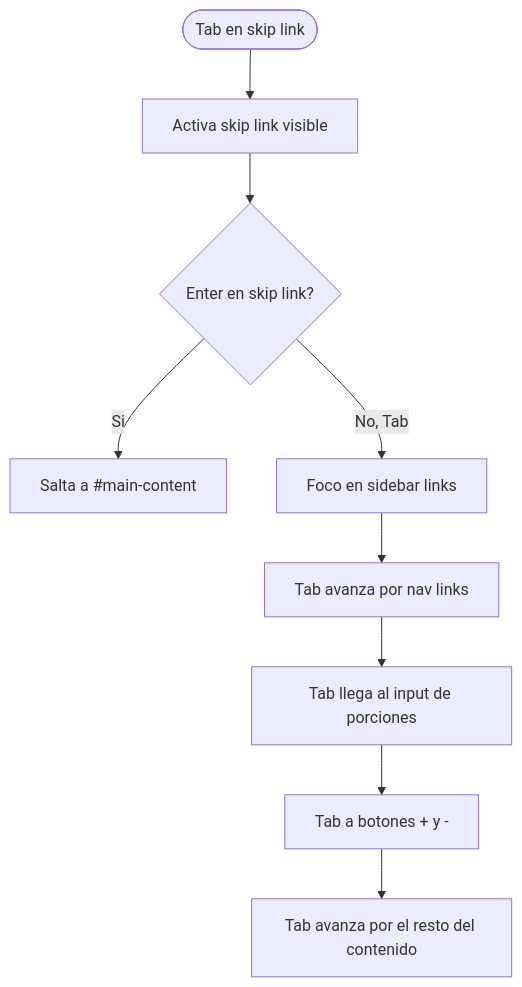
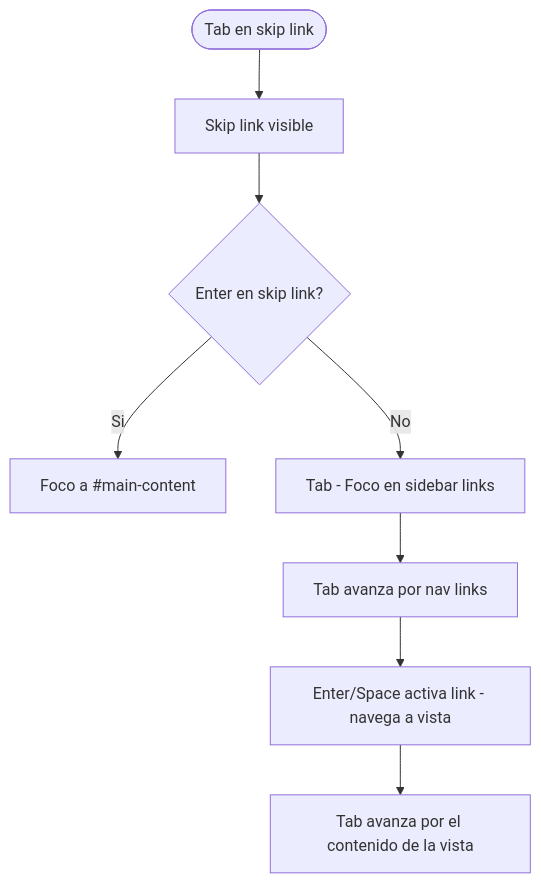
One commit to rmoreno-dev/chef-scrapbook changed the sixth of 8 diagrams in Chef Scrapbook AI/10_FLUJOS_DE_USUARIO.md. Above: the diagram before and after it, drawn with Mermaid. The commit also changed other lines of this file and 67 other files, not shown here.

````diff
--- a/Chef Scrapbook AI/10_FLUJOS_DE_USUARIO.md
+++ b/Chef Scrapbook AI/10_FLUJOS_DE_USUARIO.md
@@ -48,11 +110,10 @@
 ```mermaid
 flowchart TD
-    A([Tab en skip link]) --> B[Activa skip link visible]
+    A([Tab en skip link]) --> B[Skip link visible]
     B --> C{Enter en skip link?}
-    C -->|Si| D[Salta a #main-content]
-    C -->|No, Tab| E[Foco en sidebar links]
+    C -->|Si| D[Foco a #main-content]
+    C -->|No| E[Tab - Foco en sidebar links]
     E --> F[Tab avanza por nav links]
-    F --> G[Tab llega al input de porciones]
-    G --> H[Tab a botones + y -]
-    H --> I[Tab avanza por el resto del contenido]
+    F --> G[Enter/Space activa link - navega a vista]
+    G --> H[Tab avanza por el contenido de la vista]
 ```
````
